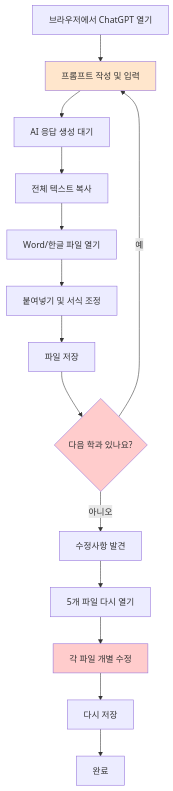
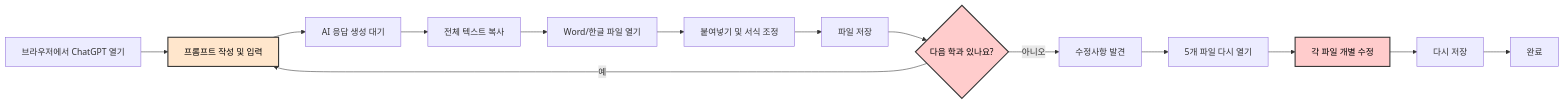
Before and after one commit to seo-jinseok/GitHub-Copilot-Guide: the second of 17 diagrams in dist/University_Copilot_Guide_Complete_KO.md, drawn with Mermaid. The commit also changed other lines of this file, not shown here.

Commit message:
docs: mermaid 그림 색상 수정

````diff
--- a/dist/University_Copilot_Guide_Complete_KO.md
+++ b/dist/University_Copilot_Guide_Complete_KO.md
@@ -157,20 +157,20 @@
 ```mermaid
-graph TD
+graph LR
     A[브라우저에서 ChatGPT 열기] --> B[프롬프트 작성 및 입력]
     B --> C[AI 응답 생성 대기]
     C --> D[전체 텍스트 복사]
     D --> E[Word/한글 파일 열기]
     E --> F[붙여넣기 및 서식 조정]
     F --> G[파일 저장]
     G --> H{다음 학과 있나요?}
     H -->|예| B
     H -->|아니오| I[수정사항 발견]
     I --> J[5개 파일 다시 열기]
     J --> K[각 파일 개별 수정]
     K --> L[다시 저장]
     L --> M[완료]
     
-    style H fill:#ffcccc
-    style B fill:#ffe6cc
-    style K fill:#ffcccc
+    style H fill:#ffcccc,stroke:#333,stroke-width:2px,color:#000
+    style B fill:#ffe6cc,stroke:#333,stroke-width:2px,color:#000
+    style K fill:#ffcccc,stroke:#333,stroke-width:2px,color:#000
 ```
````
